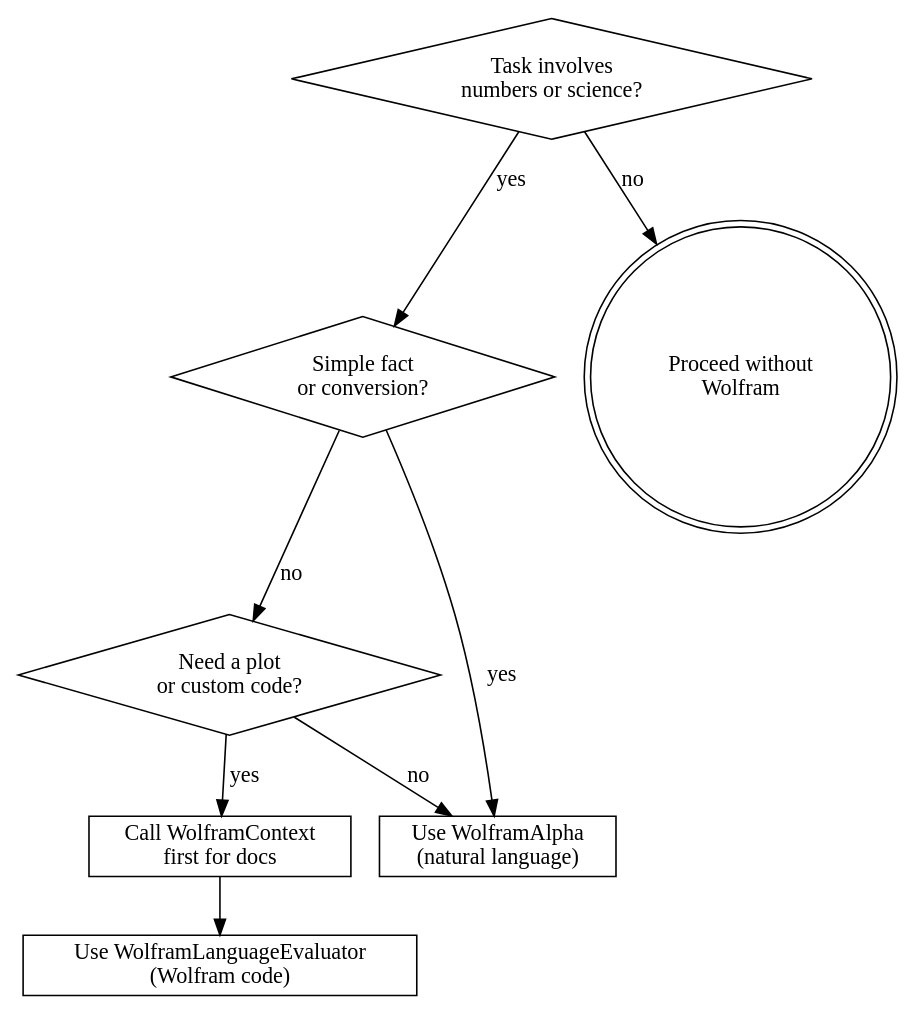
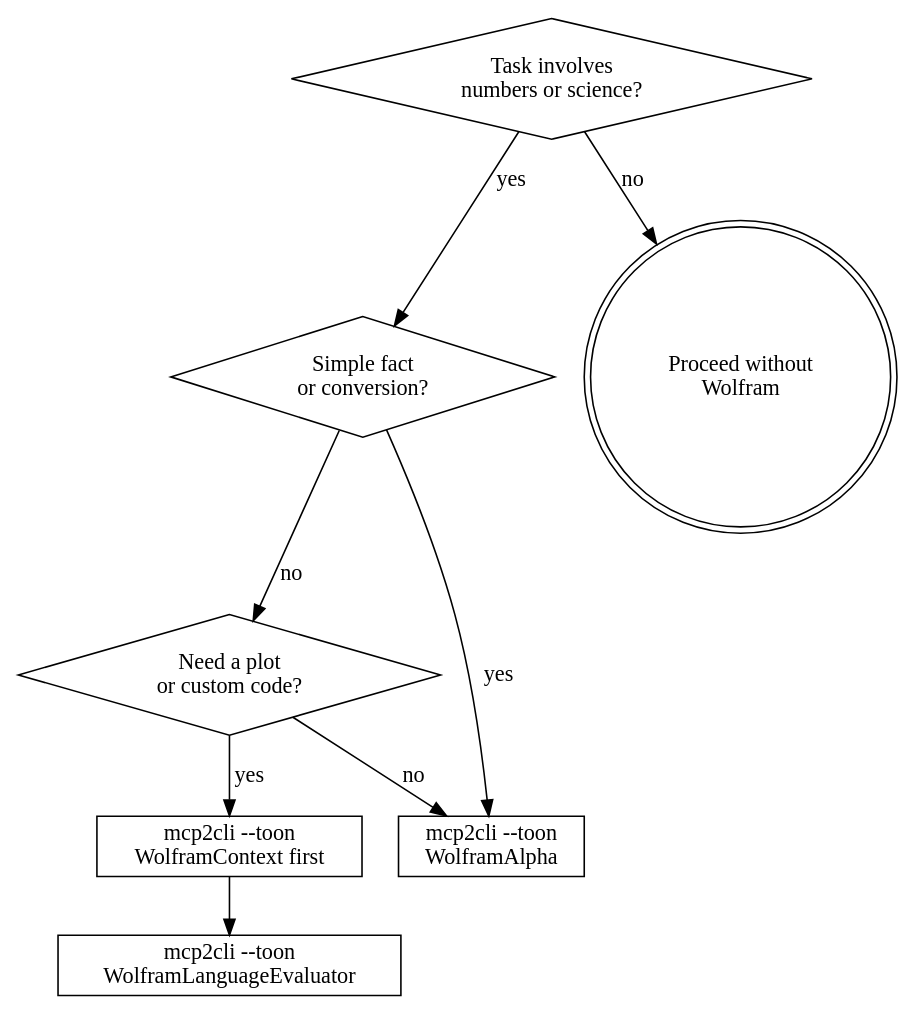
Before and after one commit to Sanmarcsoft/the-library: the diagram in skills/wolfram/SKILL.md, drawn with Graphviz. The commit also changed other lines of this file and 4 other files, not shown here.

First line of the commit message:
library: enforce mcp2cli --toon globally for all MCP access

````diff
--- a/skills/wolfram/SKILL.md
+++ b/skills/wolfram/SKILL.md
@@ -32,21 +54,21 @@
 ```dot
 digraph wolfram {
     rankdir=TB;
 
     "Task involves\nnumbers or science?" [shape=diamond];
     "Simple fact\nor conversion?" [shape=diamond];
     "Need a plot\nor custom code?" [shape=diamond];
-    "Use WolframAlpha\n(natural language)" [shape=box];
-    "Call WolframContext\nfirst for docs" [shape=box];
-    "Use WolframLanguageEvaluator\n(Wolfram code)" [shape=box];
+    "mcp2cli --toon\nWolframAlpha" [shape=box];
+    "mcp2cli --toon\nWolframContext first" [shape=box];
+    "mcp2cli --toon\nWolframLanguageEvaluator" [shape=box];
     "Proceed without\nWolfram" [shape=doublecircle];
 
     "Task involves\nnumbers or science?" -> "Simple fact\nor conversion?" [label="yes"];
     "Task involves\nnumbers or science?" -> "Proceed without\nWolfram" [label="no"];
-    "Simple fact\nor conversion?" -> "Use WolframAlpha\n(natural language)" [label="yes"];
+    "Simple fact\nor conversion?" -> "mcp2cli --toon\nWolframAlpha" [label="yes"];
     "Simple fact\nor conversion?" -> "Need a plot\nor custom code?" [label="no"];
-    "Need a plot\nor custom code?" -> "Call WolframContext\nfirst for docs" [label="yes"];
-    "Call WolframContext\nfirst for docs" -> "Use WolframLanguageEvaluator\n(Wolfram code)";
-    "Need a plot\nor custom code?" -> "Use WolframAlpha\n(natural language)" [label="no"];
+    "Need a plot\nor custom code?" -> "mcp2cli --toon\nWolframContext first" [label="yes"];
+    "mcp2cli --toon\nWolframContext first" -> "mcp2cli --toon\nWolframLanguageEvaluator";
+    "Need a plot\nor custom code?" -> "mcp2cli --toon\nWolframAlpha" [label="no"];
 }
 ```
````
